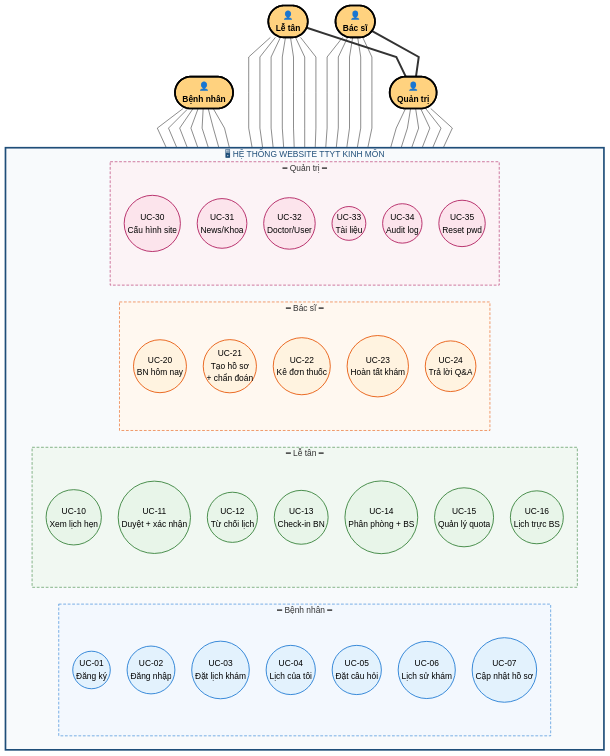
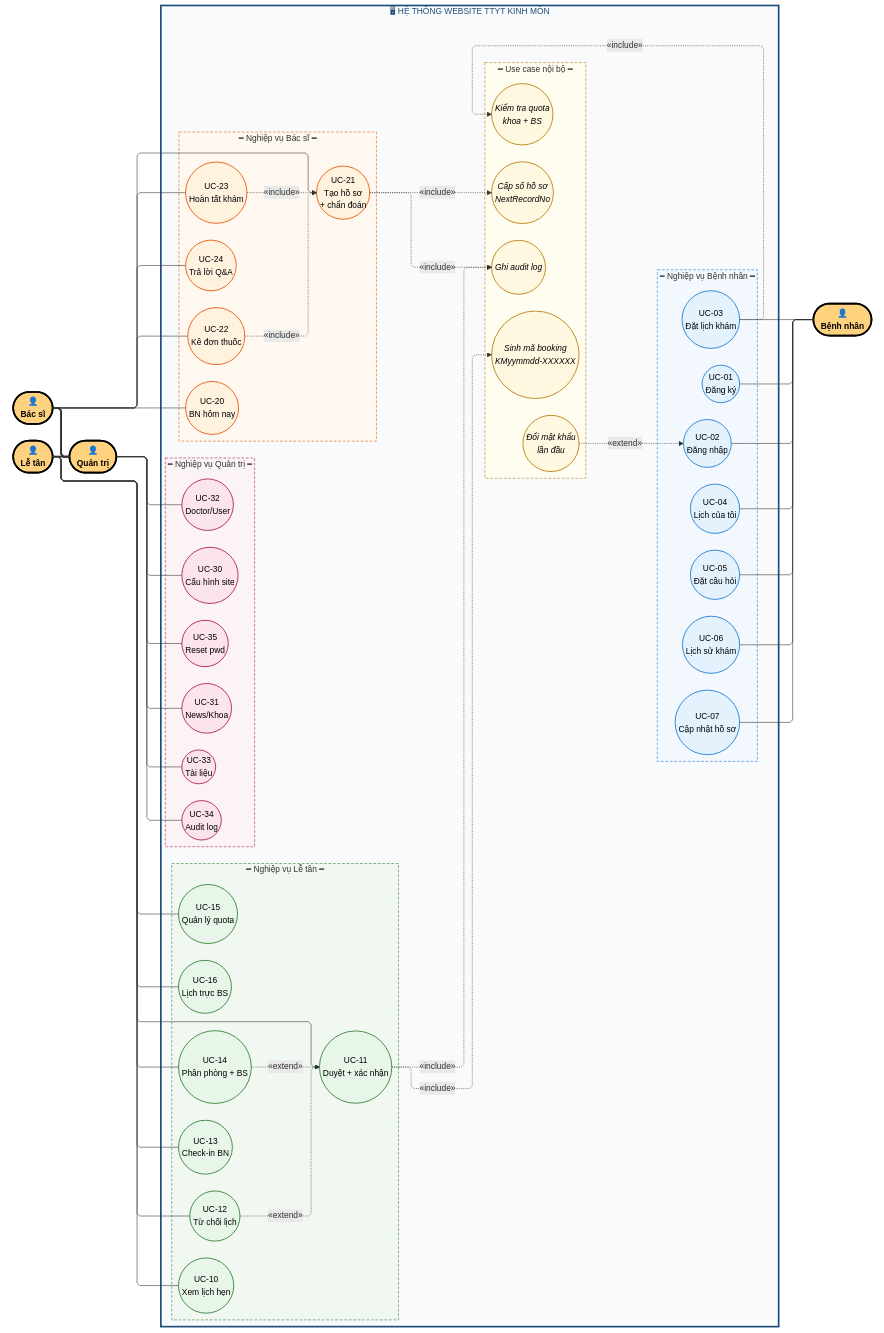
The diagram in docs/BaoCao_v4/diagrams/usecase.mmd (JamesNguyen281/TTYTKINHMON), drawn with Mermaid before and after one commit. The commit also changed 2 other files, not shown here.

Commit message:
docs(chuong2): UML use case gộp 1 sơ đồ horizontal — staff trái, BN phải, system giữa
- usecase.mmd: chuyển sang ELK layout engine (layered/NETWORK_SIMPLEX) để xử lý
  bố cục UML đầy đủ trong 1 sơ đồ duy nhất, không còn chéo lằng nhằng
- 3 tác nhân nội bộ (BS, LT, QT) đặt trái — Bệnh nhân đặt phải — System chứa
  cả 5 nhóm UC (BS/LT/QT/BN + nội bộ) ở giữa
- Giữ đủ cả «include»/«extend» trong sơ đồ chính; Hình 2.2 còn lại làm bản
  trích phóng to cho rõ
- 03_Chuong2.md §2.3.1: viết lại đoạn diễn giải kèm giải thích vị trí trái/phải

```diff
--- a/docs/BaoCao_v4/diagrams/usecase.mmd
+++ b/docs/BaoCao_v4/diagrams/usecase.mmd
@@ -1,116 +1,161 @@
 ---
 config:
+    layout: elk
     theme: default
     themeVariables:
         fontSize: 15px
         primaryColor: "#D6E9FF"
         primaryBorderColor: "#1F4E79"
     flowchart:
         nodeSpacing: 30
         rankSpacing: 70
         curve: linear
         padding: 12
         useMaxWidth: false
+    elk:
+        algorithm: layered
+        mergeEdges: true
+        nodePlacement.strategy: NETWORK_SIMPLEX
+        spacing.nodeNode: 40
+        spacing.edgeEdge: 25
+        layered.spacing.nodeNodeBetweenLayers: 60
 ---
 %% =======================================================================
 %% Biểu đồ Use Case TỔNG QUÁT — Website TTYT Kinh Môn (UML 2.x)
-%%   Layout: 4 actor xếp HÀNG TRÊN — System ngay dưới với 4 nhóm UC cùng hàng
-%%   Quan hệ: association (─) | include/extend (-. .->) | generalization (===)
+%%   Layout HORIZONTAL: BS/LT/QT TRÁI — System GIỮA — Bệnh nhân PHẢI
+%%   3 thành phần: Actor + System + Quan hệ (association/include/extend/generalization)
 %% =======================================================================
-flowchart TB
-    %% ===================== ACTORS (hàng trên) =====================
-    BN(["👤<br/><b>Bệnh nhân</b>"]):::actor
-    LT(["👤<br/><b>Lễ tân</b>"]):::actor
-    BS(["👤<br/><b>Bác sĩ</b>"]):::actor
-    QT(["👤<br/><b>Quản trị</b>"]):::actor
+flowchart LR
+    %% ===================== ACTORS TRÁI =====================
+    subgraph LEFT_ACTORS[" "]
+        direction TB
+        BS(["👤<br/><b>Bác sĩ</b>"]):::actor
+        LT(["👤<br/><b>Lễ tân</b>"]):::actor
+        QT(["👤<br/><b>Quản trị</b>"]):::actor
+    end
 
-    %% ===================== HỆ THỐNG =====================
+    %% ===================== HỆ THỐNG (giữa) =====================
     subgraph SYS["🖥 HỆ THỐNG WEBSITE TTYT KINH MÔN"]
-        direction LR
+        direction TB
 
-        subgraph G_BN["━ Bệnh nhân ━"]
+        subgraph G_BS["━ Nghiệp vụ Bác sĩ ━"]
             direction TB
-            UC01((UC-01<br/>Đăng ký)):::ucBN
-            UC02((UC-02<br/>Đăng nhập)):::ucBN
-            UC03((UC-03<br/>Đặt lịch khám)):::ucBN
-            UC04((UC-04<br/>Lịch của tôi)):::ucBN
-            UC05((UC-05<br/>Đặt câu hỏi)):::ucBN
-            UC06((UC-06<br/>Lịch sử khám)):::ucBN
-            UC07((UC-07<br/>Cập nhật hồ sơ)):::ucBN
+            UC20((UC-20<br/>BN hôm nay)):::ucBS
+            UC21((UC-21<br/>Tạo hồ sơ<br/>+ chẩn đoán)):::ucBS
+            UC22((UC-22<br/>Kê đơn thuốc)):::ucBS
+            UC23((UC-23<br/>Hoàn tất khám)):::ucBS
+            UC24((UC-24<br/>Trả lời Q&A)):::ucBS
         end
 
-        subgraph G_LT["━ Lễ tân ━"]
+        subgraph G_LT["━ Nghiệp vụ Lễ tân ━"]
             direction TB
             UC10((UC-10<br/>Xem lịch hẹn)):::ucLT
             UC11((UC-11<br/>Duyệt + xác nhận)):::ucLT
             UC12((UC-12<br/>Từ chối lịch)):::ucLT
             UC13((UC-13<br/>Check-in BN)):::ucLT
             UC14((UC-14<br/>Phân phòng + BS)):::ucLT
             UC15((UC-15<br/>Quản lý quota)):::ucLT
             UC16((UC-16<br/>Lịch trực BS)):::ucLT
         end
 
-        subgraph G_BS["━ Bác sĩ ━"]
-            direction TB
-            UC20((UC-20<br/>BN hôm nay)):::ucBS
-            UC21((UC-21<br/>Tạo hồ sơ<br/>+ chẩn đoán)):::ucBS
-            UC22((UC-22<br/>Kê đơn thuốc)):::ucBS
-            UC23((UC-23<br/>Hoàn tất khám)):::ucBS
-            UC24((UC-24<br/>Trả lời Q&A)):::ucBS
-        end
-
-        subgraph G_QT["━ Quản trị ━"]
+        subgraph G_QT["━ Nghiệp vụ Quản trị ━"]
             direction TB
             UC30((UC-30<br/>Cấu hình site)):::ucQT
             UC31((UC-31<br/>News/Khoa)):::ucQT
             UC32((UC-32<br/>Doctor/User)):::ucQT
             UC33((UC-33<br/>Tài liệu)):::ucQT
             UC34((UC-34<br/>Audit log)):::ucQT
             UC35((UC-35<br/>Reset pwd)):::ucQT
         end
+
+        subgraph G_SYS["━ Use case nội bộ ━"]
+            direction TB
+            UCS1((Sinh mã booking<br/>KMyymmdd-XXXXXX)):::ucSYS
+            UCS2((Kiểm tra quota<br/>khoa + BS)):::ucSYS
+            UCS3((Cấp số hồ sơ<br/>NextRecordNo)):::ucSYS
+            UCS4((Ghi audit log)):::ucSYS
+            UCS5((Đổi mật khẩu<br/>lần đầu)):::ucSYS
+        end
+
+        subgraph G_BN["━ Nghiệp vụ Bệnh nhân ━"]
+            direction TB
+            UC01((UC-01<br/>Đăng ký)):::ucBN
+            UC02((UC-02<br/>Đăng nhập)):::ucBN
+            UC03((UC-03<br/>Đặt lịch khám)):::ucBN
+            UC04((UC-04<br/>Lịch của tôi)):::ucBN
+            UC05((UC-05<br/>Đặt câu hỏi)):::ucBN
+            UC06((UC-06<br/>Lịch sử khám)):::ucBN
+            UC07((UC-07<br/>Cập nhật hồ sơ)):::ucBN
+        end
+    end
+
+    %% ===================== ACTOR PHẢI =====================
+    subgraph RIGHT_ACTORS[" "]
+        direction TB
+        BN(["👤<br/><b>Bệnh nhân</b>"]):::actor
     end
 
     %% ===================== QUAN HỆ =====================
 
-    %% --- Association: actor → use case của mình ---
-    BN --- UC01
-    BN --- UC02
-    BN --- UC03
-    BN --- UC04
-    BN --- UC05
-    BN --- UC06
-    BN --- UC07
+    %% --- Association: BS/LT/QT (trái) → UC ---
+    BS --- UC20
+    BS --- UC21
+    BS --- UC22
+    BS --- UC23
+    BS --- UC24
     LT --- UC10
     LT --- UC11
     LT --- UC12
     LT --- UC13
     LT --- UC14
     LT --- UC15
     LT --- UC16
-    BS --- UC20
-    BS --- UC21
-    BS --- UC22
-    BS --- UC23
-    BS --- UC24
     QT --- UC30
     QT --- UC31
     QT --- UC32
     QT --- UC33
     QT --- UC34
     QT --- UC35
 
+    %% --- Association: UC → BN (phải) ---
+    UC01 --- BN
+    UC02 --- BN
+    UC03 --- BN
+    UC04 --- BN
+    UC05 --- BN
+    UC06 --- BN
+    UC07 --- BN
+
     %% --- Generalization: QT kế thừa LT + BS ---
     LT === QT
     BS === QT
+
+    %% --- «include»: bắt buộc thực hiện ---
+    UC03 -. "«include»" .-> UCS2
+    UC11 -. "«include»" .-> UCS1
+    UC11 -. "«include»" .-> UCS4
+    UC21 -. "«include»" .-> UCS3
+    UC21 -. "«include»" .-> UCS4
+    UC22 -. "«include»" .-> UC21
+    UC23 -. "«include»" .-> UC21
+
+    %% --- «extend»: nhánh tùy chọn ---
+    UC12 -. "«extend»" .-> UC11
+    UC14 -. "«extend»" .-> UC11
+    UCS5 -. "«extend»" .-> UC02
 
     %% ===================== STYLES =====================
     classDef actor fill:#FFD27F,stroke:#000,stroke-width:3px,font-weight:bold,color:#000
     classDef ucBN fill:#E3F2FD,stroke:#1976D2,stroke-width:1.5px,color:#000
     classDef ucLT fill:#E8F5E9,stroke:#2E7D32,stroke-width:1.5px,color:#000
     classDef ucBS fill:#FFF3E0,stroke:#E65100,stroke-width:1.5px,color:#000
     classDef ucQT fill:#FCE4EC,stroke:#AD1457,stroke-width:1.5px,color:#000
+    classDef ucSYS fill:#FFF8E1,stroke:#B87908,stroke-width:1.5px,color:#000,font-style:italic
+    style LEFT_ACTORS fill:transparent,stroke:transparent
+    style RIGHT_ACTORS fill:transparent,stroke:transparent
     style SYS fill:#F8FAFC,stroke:#1F4E79,stroke-width:3px,color:#1F4E79
     style G_BN fill:#F3F8FE,stroke:#1976D2,stroke-dasharray:5 3
     style G_LT fill:#F1F8F2,stroke:#2E7D32,stroke-dasharray:5 3
     style G_BS fill:#FFF8F0,stroke:#E65100,stroke-dasharray:5 3
     style G_QT fill:#FCF3F6,stroke:#AD1457,stroke-dasharray:5 3
+    style G_SYS fill:#FFFCF0,stroke:#B87908,stroke-dasharray:5 3
```
